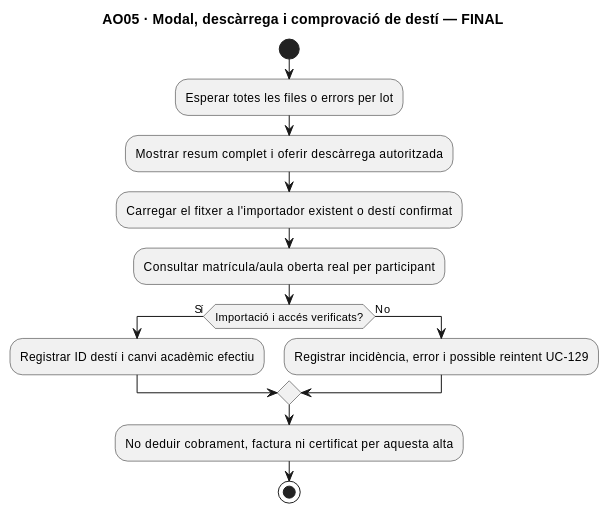
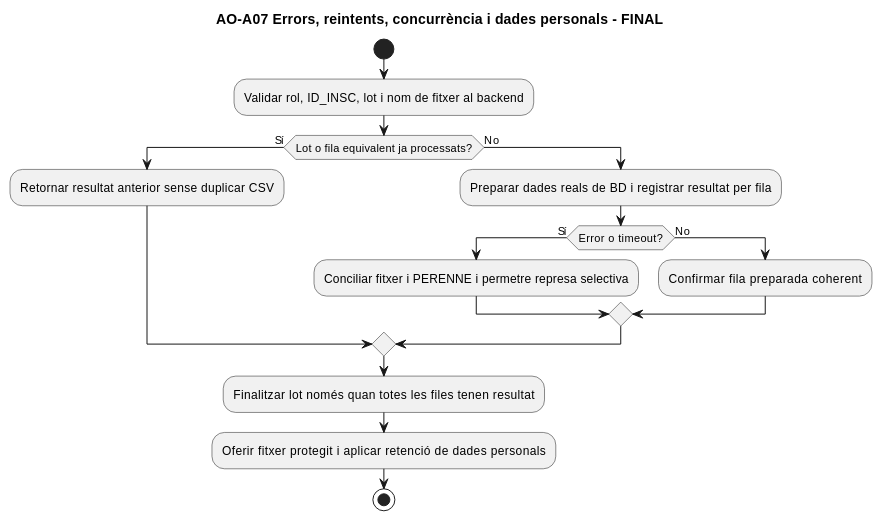
Before and after one commit to orgmeriemprismacat-del/verifactu: diagram 16 of 20 in documentacio/07-uml-integrat/uc-moodle-aules-obertes-fitxa-activitats.md, drawn with PlantUML. The commit also changed other lines of this file, not shown here.

Commit message:
docs: complete exact open-class URL with full functional UML, 16 actual/final page and section activity diagrams

````diff
--- a/documentacio/07-uml-integrat/uc-moodle-aules-obertes-fitxa-activitats.md
+++ b/documentacio/07-uml-integrat/uc-moodle-aules-obertes-fitxa-activitats.md
@@ -290,17 +462,20 @@
 ```plantuml
 @startuml
-title AO05 · Modal, descàrrega i comprovació de destí — FINAL
+title AO-A07 Errors, reintents, concurrència i dades personals - FINAL
 start
-:Esperar totes les files o errors per lot;
-:Mostrar resum complet i oferir descàrrega autoritzada;
-:Carregar el fitxer a l'importador existent o destí confirmat;
-:Consultar matrícula/aula oberta real per participant;
-if (Importació i accés verificats?) then (Sí)
- :Registrar ID destí i canvi acadèmic efectiu;
+:Validar rol, ID_INSC, lot i nom de fitxer al backend;
+if (Lot o fila equivalent ja processats?) then (Sí)
+ :Retornar resultat anterior sense duplicar CSV;
 else (No)
- :Registrar incidència, error i possible reintent UC-129;
+ :Preparar dades reals de BD i registrar resultat per fila;
+ if (Error o timeout?) then (Sí)
+  :Conciliar fitxer i PERENNE i permetre represa selectiva;
+ else (No)
+  :Confirmar fila preparada coherent;
+ endif
 endif
-:No deduir cobrament, factura ni certificat per aquesta alta;
+:Finalitzar lot només quan totes les files tenen resultat;
+:Oferir fitxer protegit i aplicar retenció de dades personals;
 stop
 @enduml
 ```
````
